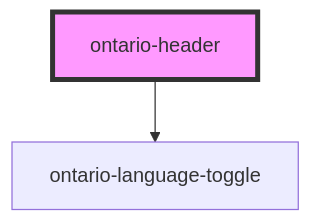
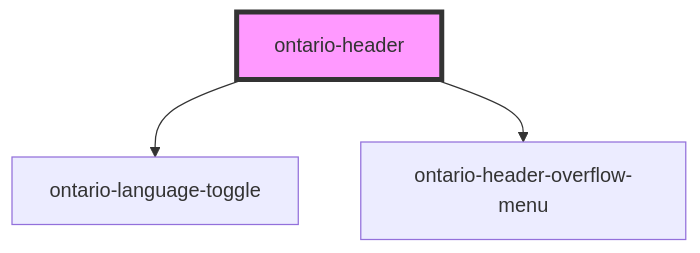
The diagram in packages/ontario-design-system-component-library/src/components/ontario-header/readme.md (ongov/ontario-design-system), drawn with Mermaid before and after one commit. The commit also changed other lines of this file and 6 other files, not shown here.

````diff
--- a/packages/ontario-design-system-component-library/src/components/ontario-header/readme.md
+++ b/packages/ontario-design-system-component-library/src/components/ontario-header/readme.md
@@ -311,5 +312,6 @@
 ```mermaid
 graph TD;
   ontario-header --> ontario-language-toggle
+  ontario-header --> ontario-header-overflow-menu
   style ontario-header fill:#f9f,stroke:#333,stroke-width:4px
 ```
````
